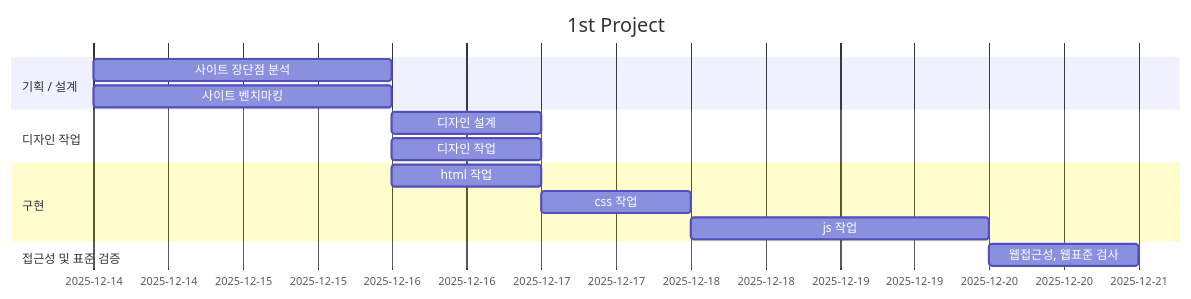
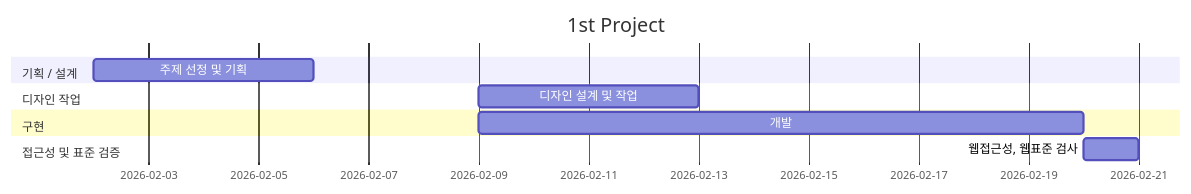
One commit to oh108899/Nyamnyam-Box changed the diagram in README.md. Above: the diagram before and after it, drawn with Mermaid. The commit also changed other lines of this file, not shown here.

````diff
--- a/README.md
+++ b/README.md
@@ -55,17 +47,13 @@
 ```mermaid
 gantt
     title 1st Project
     dateFormat  YYYY-MM-DD
     section 기획 / 설계
-    사이트 장단점 분석  :a1, 2025-12-14, 2d
-    사이트 벤치마킹     :a2, 2025-12-14, 2d
+    주제 선정 및 기획  :a1, 2026-02-02, 4d
     section 디자인 작업
-    디자인 설계      :a3, 2025-12-16, 1d
-    디자인 작업      :a4,2025-12-16, 1d
+    디자인 설계 및 작업  :a2, 2026-02-09, 4d
     section 구현
-    html 작업      :a5, 2025-12-16, 1d
-    css 작업      :a6, after a5, 1d
-    js 작업       :a7, after a6 , 2d
+    개발      :a3, 2026-02-09, 11d
     section 접근성 및 표준 검증
-    웹접근성, 웹표준 검사   :after a7, 1d
+    웹접근성, 웹표준 검사   :after a3, 1d
 ```
````
